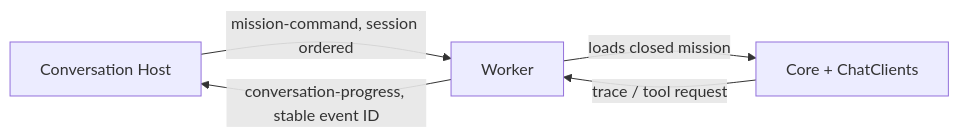
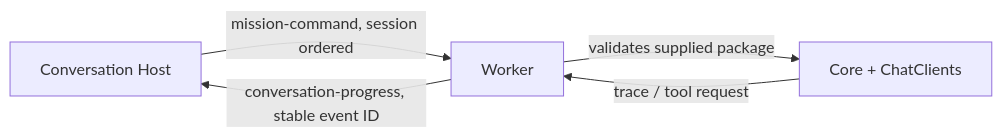
Before and after one commit to katasec/mission-control-language: the diagram in src/ForgeMission.ConversationWorker/README.md, drawn with Mermaid. The commit also changed other lines of this file and 50 other files, not shown here.

````diff
--- a/src/ForgeMission.ConversationWorker/README.md
+++ b/src/ForgeMission.ConversationWorker/README.md
@@ -44,7 +45,7 @@
 ```mermaid
 flowchart LR
   Host[Conversation Host] -->|mission-command, session ordered| Worker
-  Worker -->|loads closed mission| Engine[Core + ChatClients]
+  Worker -->|validates supplied package| Engine[Core + ChatClients]
   Engine -->|trace / tool request| Worker
   Worker -->|conversation-progress, stable event ID| Host
 ```
````
